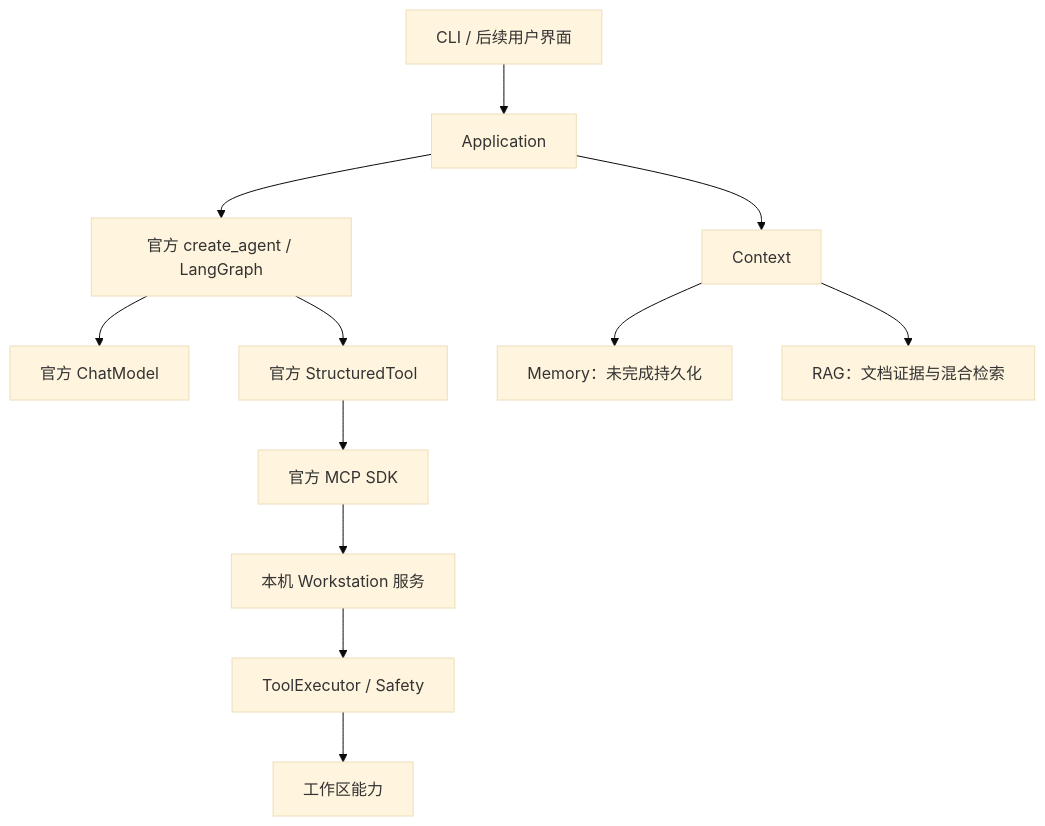
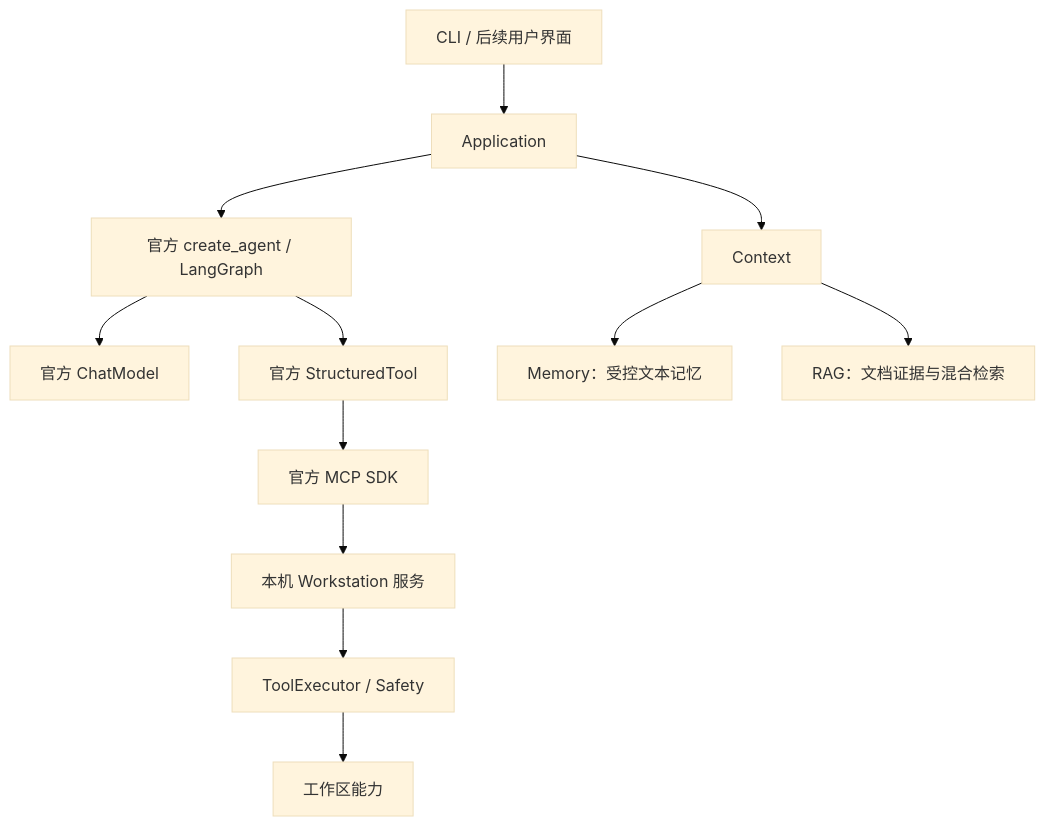
The diagram in docs/architecture.md (max-xy-p/workstation-agent), drawn with Mermaid (base theme) before and after one commit. The commit also changed other lines of this file and 50 other files, not shown here.

````diff
--- a/docs/architecture.md
+++ b/docs/architecture.md
@@ -16,14 +16,14 @@
 ```mermaid
 flowchart TD
     UI[CLI / 后续用户界面] --> APP[Application]
     APP --> CTX[Context]
     APP --> GRAPH[官方 create_agent / LangGraph]
     GRAPH --> MODEL[官方 ChatModel]
     GRAPH --> TOOL[官方 StructuredTool]
     TOOL --> MCP[官方 MCP SDK]
     MCP --> WS[本机 Workstation 服务]
     WS --> EXEC[ToolExecutor / Safety]
     EXEC --> FILE[工作区能力]
-    CTX --> MEM[Memory：未完成持久化]
+    CTX --> MEM[Memory：受控文本记忆]
     CTX --> RAG[RAG：文档证据与混合检索]
 ```
````
